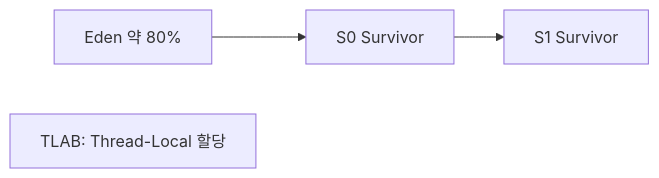
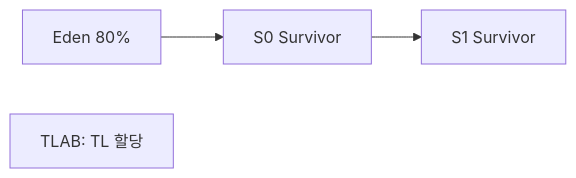
One commit to yjkim2015/yjkim2015.github.io changed the eighth of 29 diagrams in _posts/java/2026-05-01-java-garbage-collector.md. Above: the diagram before and after it, drawn with Mermaid. The commit also changed other lines of this file and 48 other files, not shown here.

First line of the commit message:
Mermaid 최종 47건 수정: participant/노드/줄수/라벨 전부 기준 이하

````diff
--- a/_posts/java/2026-05-01-java-garbage-collector.md
+++ b/_posts/java/2026-05-01-java-garbage-collector.md
@@ -145,6 +145,6 @@
 ```mermaid
 graph LR
-    Eden["Eden 약 80%"] --> S0["S0 Survivor"]
+    Eden["Eden 80%"] --> S0["S0 Survivor"]
     S0 --> S1["S1 Survivor"]
-    TLAB["TLAB: Thread-Local 할당"]
+    TLAB["TLAB: TL 할당"]
 ```
````
